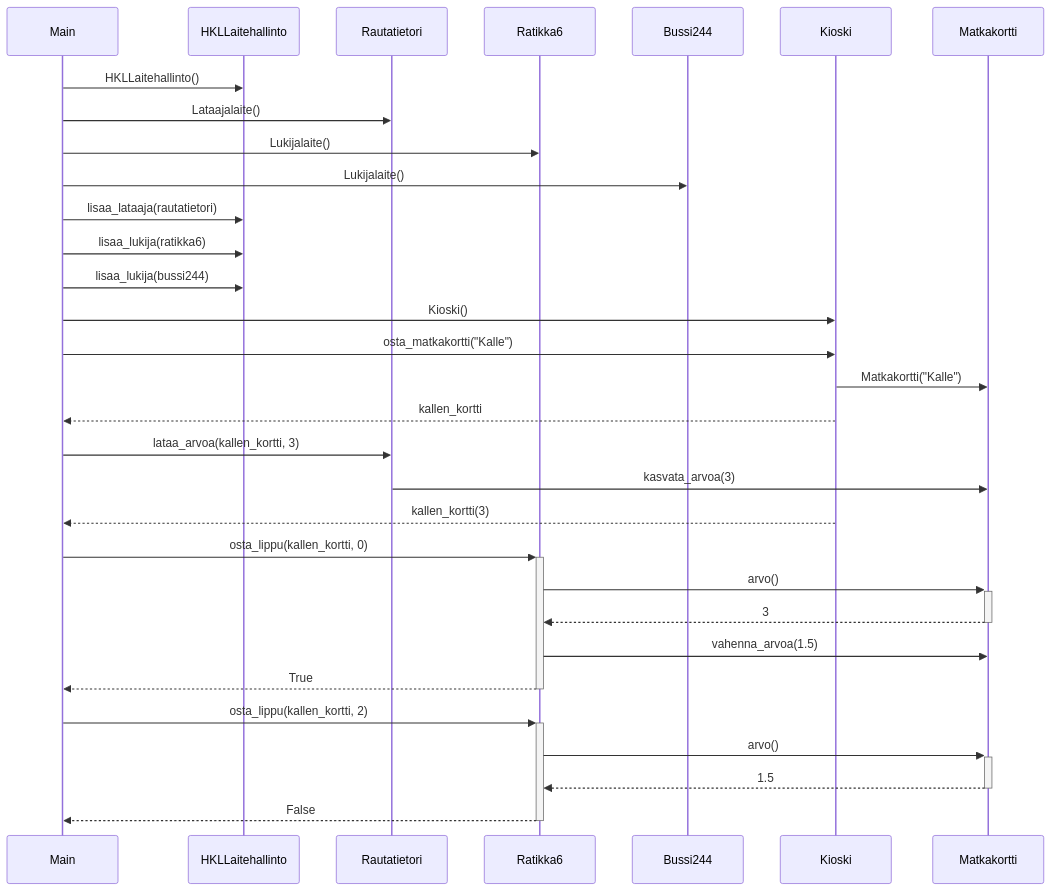
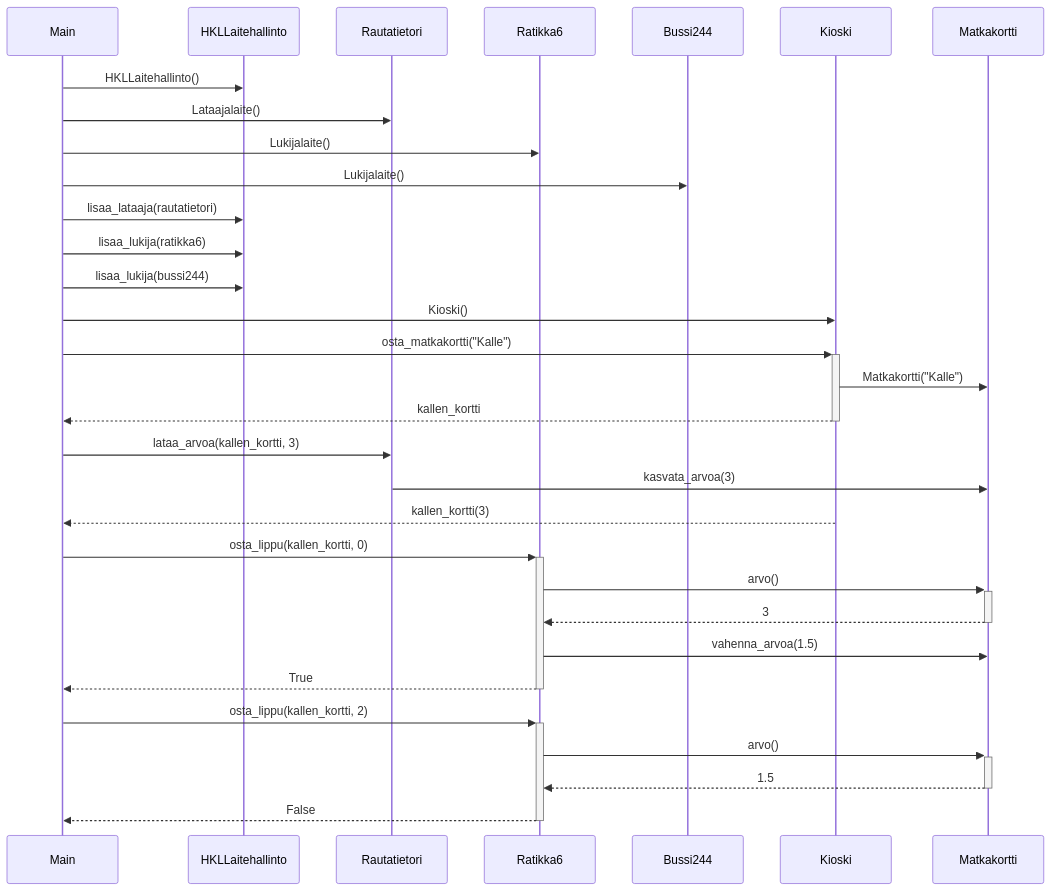
One commit to phuvio/ot-harjoitustyo changed the second of 2 diagrams in laskarit/viikko3/sekvenssikaavio.md. Above: the diagram before and after it, drawn with Mermaid.

````diff
--- a/laskarit/viikko3/sekvenssikaavio.md
+++ b/laskarit/viikko3/sekvenssikaavio.md
@@ -27,34 +27,34 @@
 ```mermaid
   sequenceDiagram
       participant M as Main
       participant H as HKLLaitehallinto
       participant L as Rautatietori
       participant R as Ratikka6
       participant B as Bussi244
       participant K as Kioski
       participant A as Matkakortti
       
       M->>H: HKLLaitehallinto()
       M->>L: Lataajalaite()
       M->>R: Lukijalaite()
       M->>B: Lukijalaite()
       M->>H: lisaa_lataaja(rautatietori)
       M->>H: lisaa_lukija(ratikka6)
       M->>H: lisaa_lukija(bussi244)
       M->>K: Kioski()
-      M->>K: osta_matkakortti("Kalle")
+      M->>+K: osta_matkakortti("Kalle")
       K->>A: Matkakortti("Kalle")
-      K-->>M: kallen_kortti
+      K-->>-M: kallen_kortti
       M->>L: lataa_arvoa(kallen_kortti, 3)
       L->>A: kasvata_arvoa(3)
       K-->>M: kallen_kortti(3)
       M->>+R: osta_lippu(kallen_kortti, 0)
       R->>+A: arvo()
       A-->>-R: 3
       R->>A: vahenna_arvoa(1.5)
       R-->>-M: True
       M->>+R: osta_lippu(kallen_kortti, 2)
       R->>+A: arvo()
       A-->>-R: 1.5
       R-->>-M: False
 ```
````
